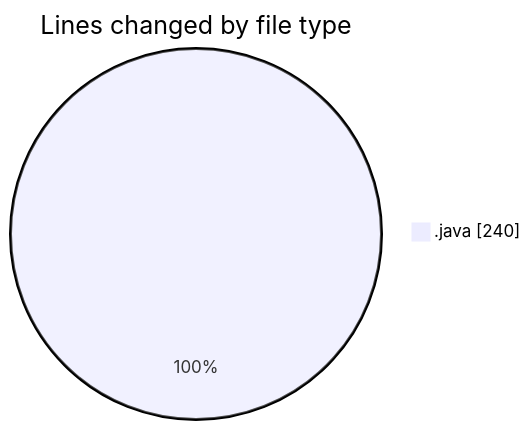
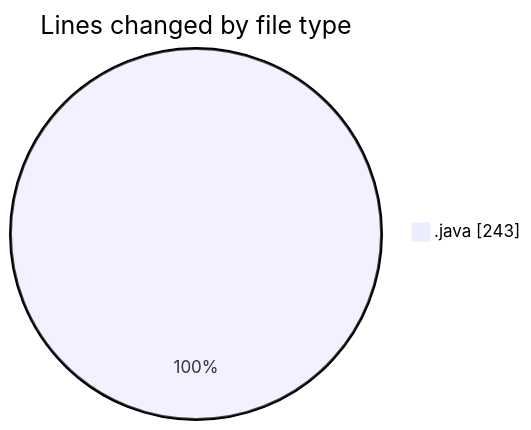
Before and after one commit to NitaiMahat/code-tracking: the first of 2 diagrams in 2025-03-14/startfiles/README.md, drawn with Mermaid. The commit also changed other lines of this file and 1 other file, not shown here.

````diff
--- a/2025-03-14/startfiles/README.md
+++ b/2025-03-14/startfiles/README.md
@@ -20,5 +20,5 @@
 ```mermaid
 pie showData
 title Lines changed by file type
-".java" : 240
+".java" : 243
 ```
````
